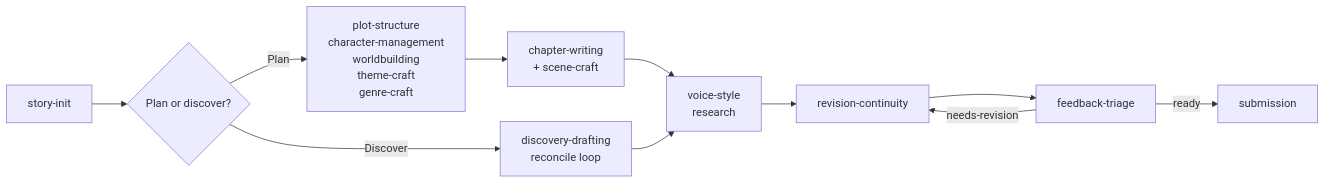
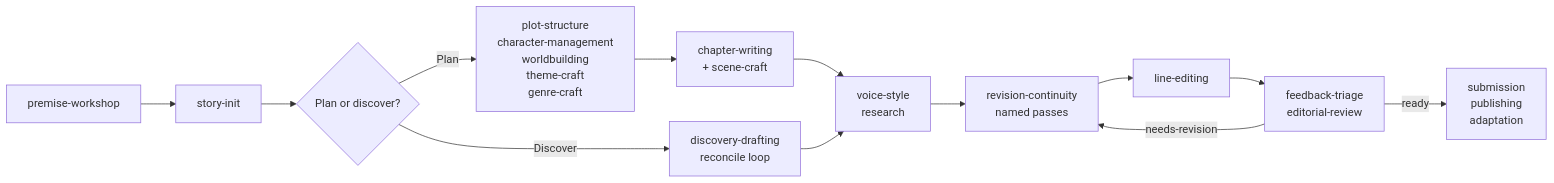
One commit to danjdewhurst/story-skills changed the diagram in docs/writing-workflows.md. Above: the diagram before and after it, drawn with Mermaid. The commit also changed other lines of this file and 13 other files, not shown here.

````diff
--- a/docs/writing-workflows.md
+++ b/docs/writing-workflows.md
@@ -29,13 +34,15 @@
 ```mermaid
 flowchart LR
-    A[story-init] --> B{Plan or discover?}
+    P[premise-workshop] --> A[story-init]
+    A --> B{Plan or discover?}
     B -->|Plan| C[plot-structure<br/>character-management<br/>worldbuilding<br/>theme-craft<br/>genre-craft]
     C --> D[chapter-writing<br/>+ scene-craft]
     B -->|Discover| E[discovery-drafting<br/>reconcile loop]
     D --> F[voice-style<br/>research]
     E --> F
-    F --> G[revision-continuity]
-    G --> H[feedback-triage]
+    F --> G[revision-continuity<br/>named passes]
+    G --> L[line-editing]
+    L --> H[feedback-triage<br/>editorial-review]
     H -->|needs-revision| G
-    H -->|ready| I[submission]
+    H -->|ready| I[submission<br/>publishing<br/>adaptation]
 ```
````
